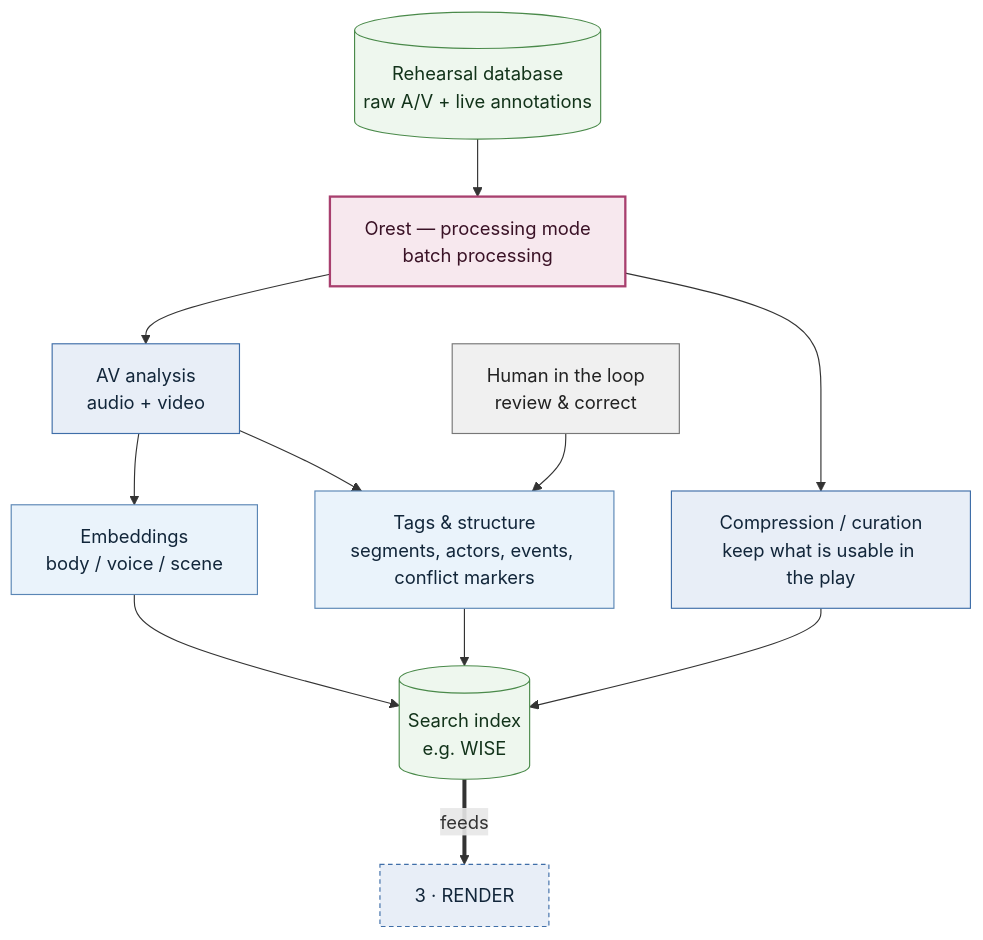
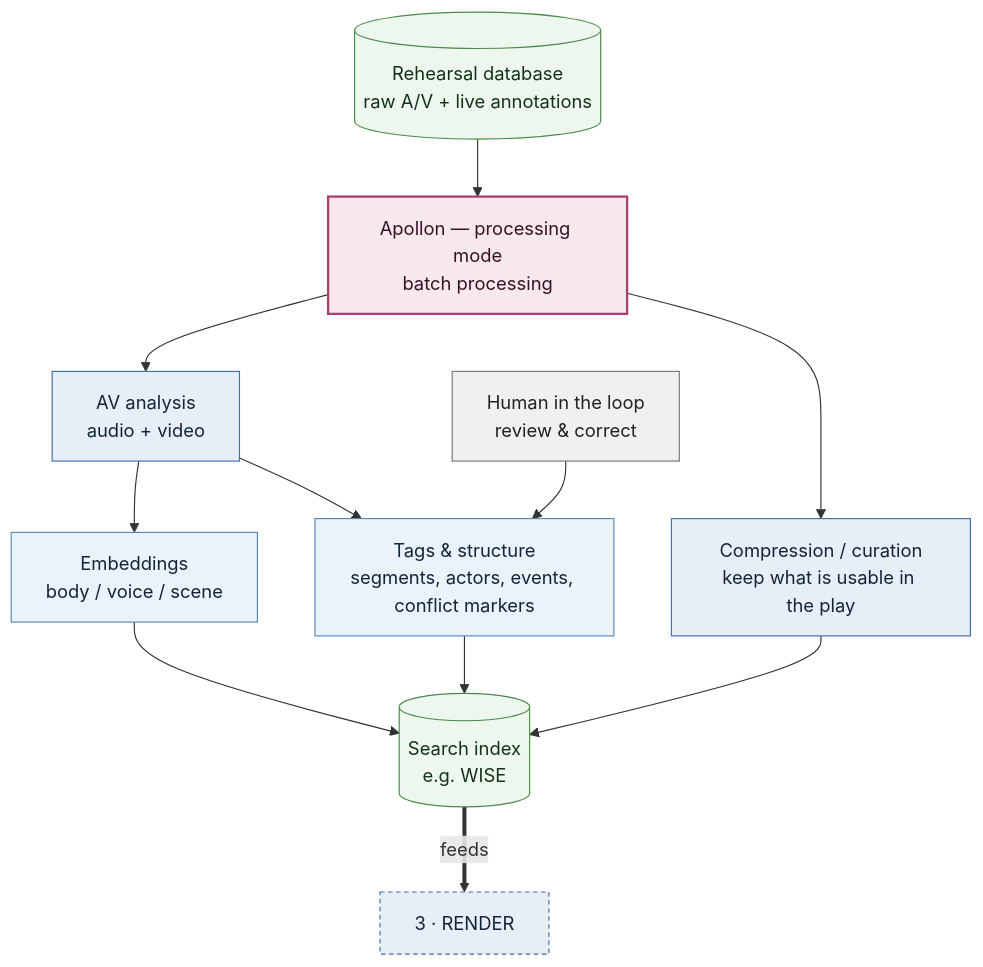
One commit to moe5555/orest changed the third of 4 diagrams in knowledge/source_of_truth/pipeline.md. Above: the diagram before and after it, drawn with Mermaid. The commit also changed other lines of this file and 67 other files, not shown here.

Commit message:
change name from orest to apollon

````diff
--- a/knowledge/source_of_truth/pipeline.md
+++ b/knowledge/source_of_truth/pipeline.md
@@ -62,28 +62,28 @@
 ```mermaid
 graph TD;
-    STORE[("Rehearsal database<br/>raw A/V + live annotations")]:::store --> ORE["Orest — processing mode<br/>batch processing"]:::orest;
+    STORE[("Rehearsal database<br/>raw A/V + live annotations")]:::store --> ORE["Apollon — processing mode<br/>batch processing"]:::apollon;
 
     ORE --> AV["AV analysis<br/>audio + video"]:::proc;
 
     AV --> EMB["Embeddings<br/>body / voice / scene"]:::idx;
 
     AV --> TAG["Tags & structure<br/>segments, actors, events, conflict markers"]:::idx;
 
     EMB --> IDX[("Search index<br/>e.g. WISE")]:::store;
     TAG --> IDX;
 
     ORE --> COMP["Compression / curation<br/>keep what is usable in the play"]:::proc;
     COMP --> IDX;
 
     HITL["Human in the loop<br/>review & correct"]:::human --> TAG;
 
     IDX ==>|feeds| NEXT["3 · RENDER"]:::mode;
 
     classDef store fill:#eef7ee,stroke:#4a8a4a,color:#12331a;
-    classDef orest fill:#f7e8ee,stroke:#a83f6e,stroke-width:2px,color:#3a1226;
+    classDef apollon fill:#f7e8ee,stroke:#a83f6e,stroke-width:2px,color:#3a1226;
     classDef proc fill:#e8eef7,stroke:#3f6ea8,color:#12263a;
     classDef idx fill:#eaf3fb,stroke:#5a86b5,color:#12263a;
     classDef human fill:#f0f0f0,stroke:#777,color:#222;
     classDef gate fill:#fdeaea,stroke:#b03a3a,color:#3a1212;
     classDef mode fill:#e8eef7,stroke:#3f6ea8,stroke-dasharray:4 3,color:#12263a;
 ```
````
